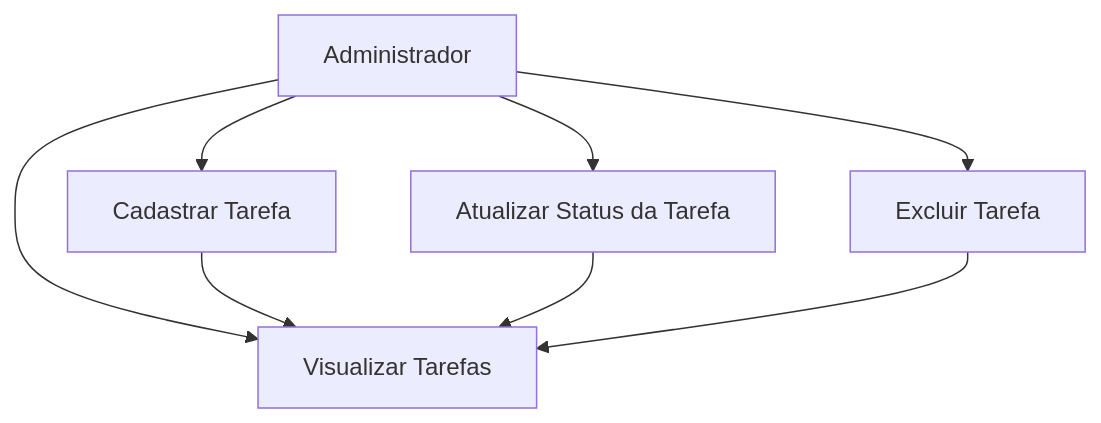
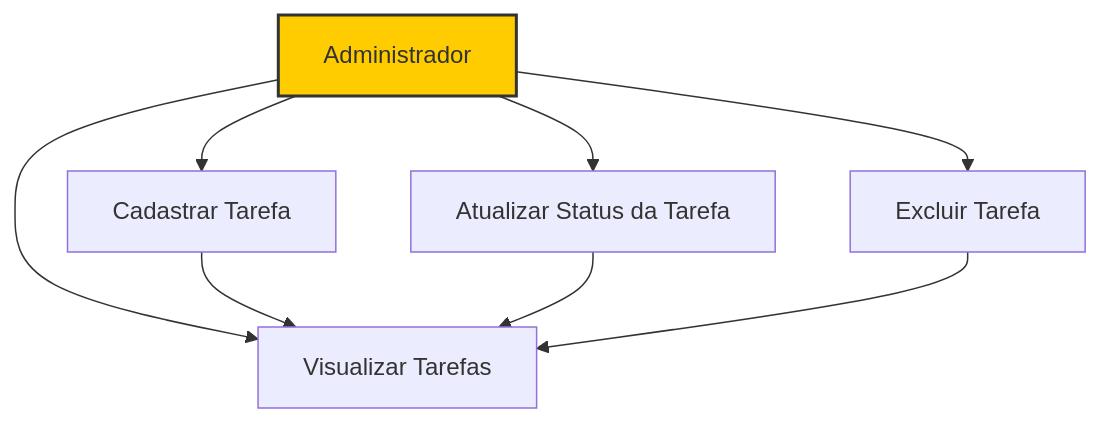
One commit to Paiva8859/PraticaSAEP changed the second of 2 diagrams in README.md. Above: the diagram before and after it, drawn with Mermaid.

````diff
--- a/README.md
+++ b/README.md
@@ -39,11 +39,13 @@
 ```mermaid
 flowchart TD
     A[Administrador] --> B[Cadastrar Tarefa]
     A --> C[Atualizar Status da Tarefa]
     A --> D[Excluir Tarefa]
     A --> E[Visualizar Tarefas]
 
     B --> E
     C --> E
     D --> E
+    %% Estilo para o ator "Administrador"
+    style A fill:#ffcc00,stroke:#333,stroke-width:2px
 ```
````
